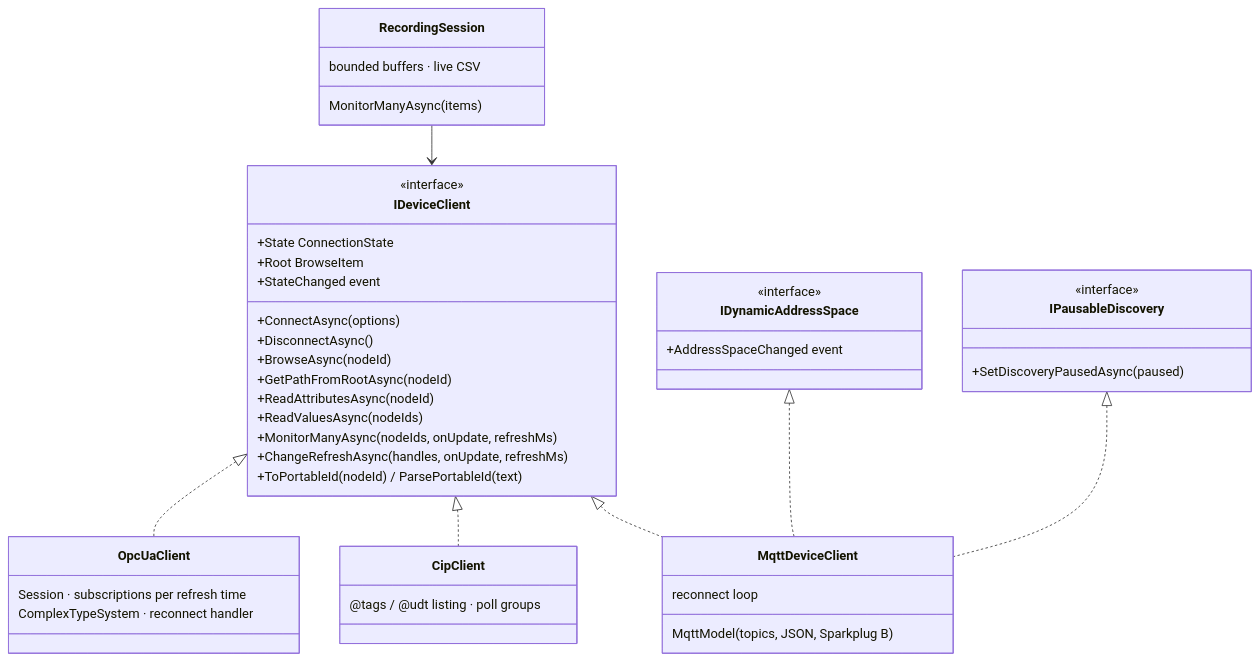
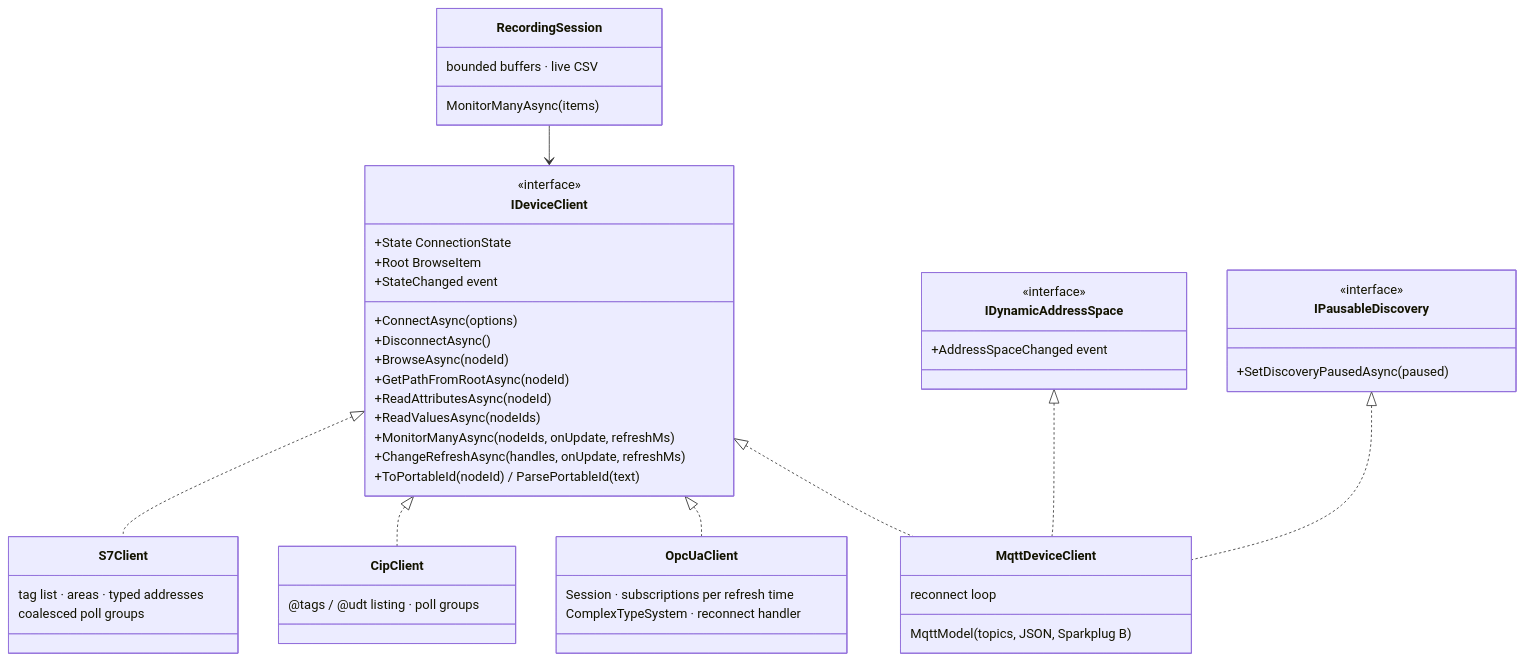
Before and after one commit to ZaoralJ/MachineDataBrowser: the second of 5 diagrams in docs/architecture.md, drawn with Mermaid. The commit also changed other lines of this file and 89 other files, not shown here.

First line of the commit message:
feat(s7): Siemens S7 driver with tag list import (#181)

````diff
--- a/docs/architecture.md
+++ b/docs/architecture.md
@@ -120,47 +126,52 @@
 ```mermaid
 classDiagram
     class IDeviceClient {
         <<interface>>
         +State ConnectionState
         +Root BrowseItem
         +ConnectAsync(options)
         +DisconnectAsync()
         +BrowseAsync(nodeId)
         +GetPathFromRootAsync(nodeId)
         +ReadAttributesAsync(nodeId)
         +ReadValuesAsync(nodeIds)
         +MonitorManyAsync(nodeIds, onUpdate, refreshMs)
         +ChangeRefreshAsync(handles, onUpdate, refreshMs)
         +ToPortableId(nodeId) / ParsePortableId(text)
         +StateChanged event
     }
     class IDynamicAddressSpace {
         <<interface>>
         +AddressSpaceChanged event
     }
     class IPausableDiscovery {
         <<interface>>
         +SetDiscoveryPausedAsync(paused)
     }
     class OpcUaClient {
         Session · subscriptions per refresh time
         ComplexTypeSystem · reconnect handler
     }
     class CipClient {
         @tags / @udt listing · poll groups
     }
     class MqttDeviceClient {
         MqttModel (topics, JSON, Sparkplug B)
         reconnect loop
     }
+    class S7Client {
+        tag list · areas · typed addresses
+        coalesced poll groups
+    }
     IDeviceClient <|.. OpcUaClient
     IDeviceClient <|.. CipClient
     IDeviceClient <|.. MqttDeviceClient
+    IDeviceClient <|.. S7Client
     IDynamicAddressSpace <|.. MqttDeviceClient
     IPausableDiscovery <|.. MqttDeviceClient
     class RecordingSession {
         MonitorManyAsync(items)
         bounded buffers · live CSV
     }
     RecordingSession --> IDeviceClient
 ```
````
